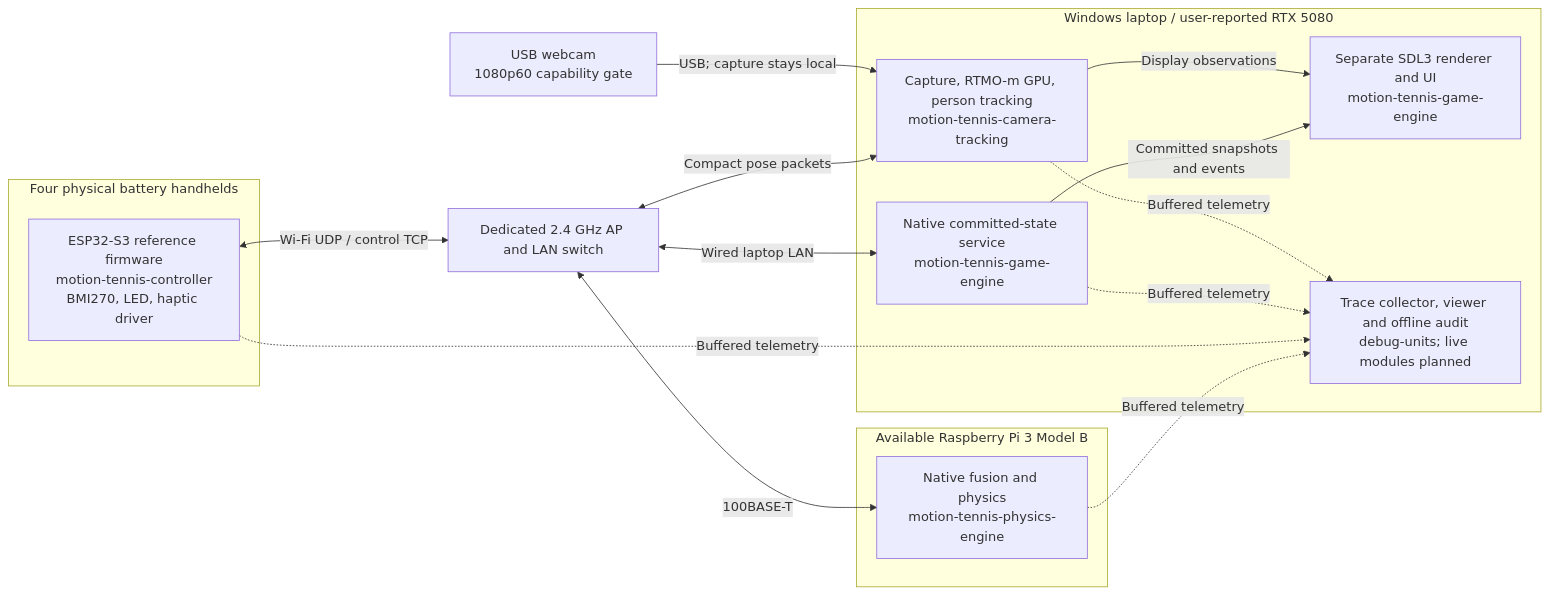
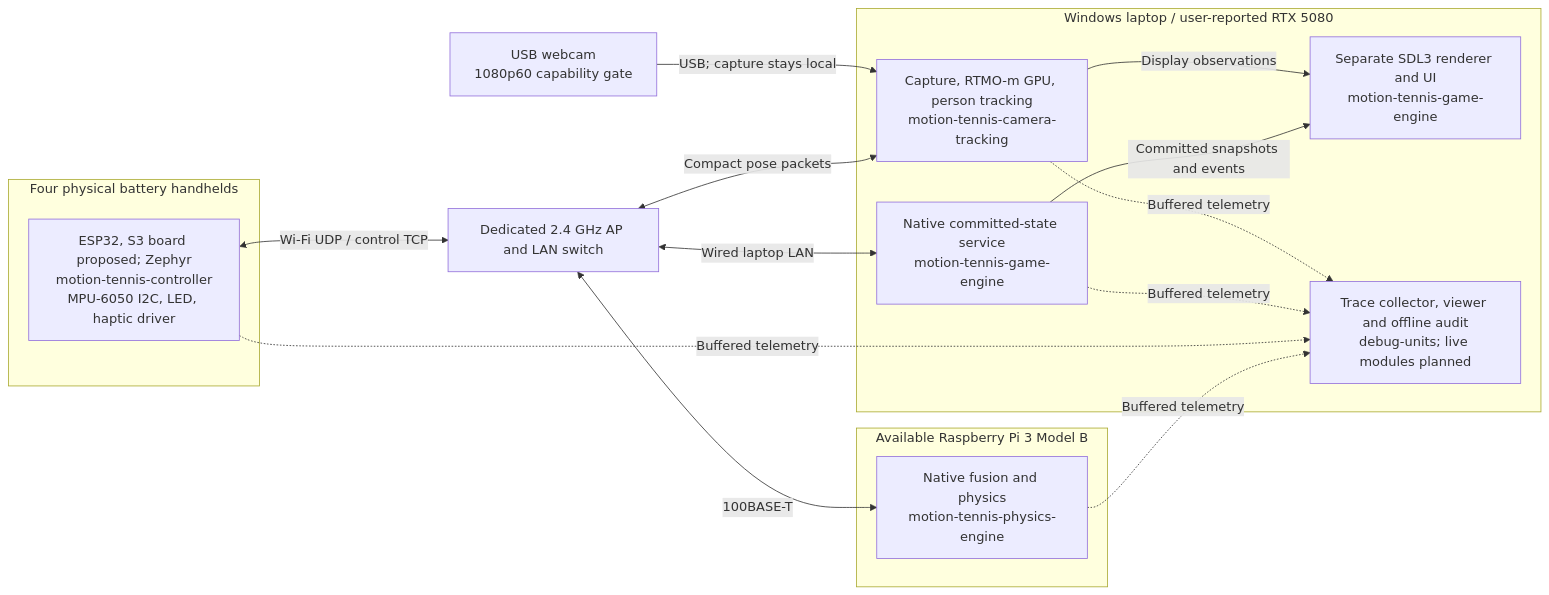
The first of 3 diagrams in docs/architecture.md (motion-tennis/documentation), drawn with Mermaid before and after one commit. The commit also changed other lines of this file and 31 other files, not shown here.

````diff
--- a/docs/architecture.md
+++ b/docs/architecture.md
@@ -11,28 +15,28 @@
 ```mermaid
 flowchart LR
     subgraph hands["Four physical battery handhelds"]
-        C["ESP32-S3 reference firmware<br/>motion-tennis-controller<br/>BMI270, LED, haptic driver"]
+        C["ESP32, S3 board proposed; Zephyr<br/>motion-tennis-controller<br/>MPU-6050 I2C, LED, haptic driver"]
     end
     AP["Dedicated 2.4 GHz AP and LAN switch"]
     CAM["USB webcam<br/>1080p60 capability gate"]
     subgraph pi["Available Raspberry Pi 3 Model B"]
         P["Native fusion and physics<br/>motion-tennis-physics-engine"]
     end
     subgraph pc["Windows laptop / user-reported RTX 5080"]
         T["Capture, RTMO-m GPU, person tracking<br/>motion-tennis-camera-tracking"]
         G["Native committed-state service<br/>motion-tennis-game-engine"]
         R["Separate SDL3 renderer and UI<br/>motion-tennis-game-engine"]
         D["Trace collector, viewer and offline audit<br/>debug-units; live modules planned"]
     end
     C <-->|"Wi-Fi UDP / control TCP"| AP
     AP <-->|"100BASE-T"| P
     AP <-->|"Wired laptop LAN"| G
     AP <-->|"Compact pose packets"| T
     CAM -->|"USB; capture stays local"| T
     G -->|"Committed snapshots and events"| R
     T -->|"Display observations"| R
     P -.->|"Buffered telemetry"| D
     C -.->|"Buffered telemetry"| D
     G -.->|"Buffered telemetry"| D
     T -.->|"Buffered telemetry"| D
 ```
````
